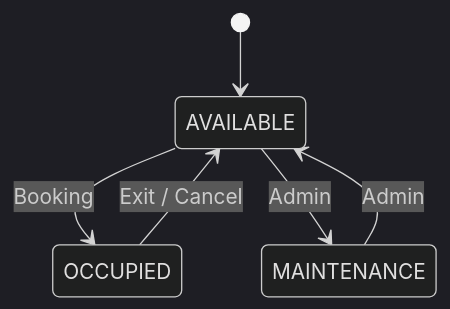
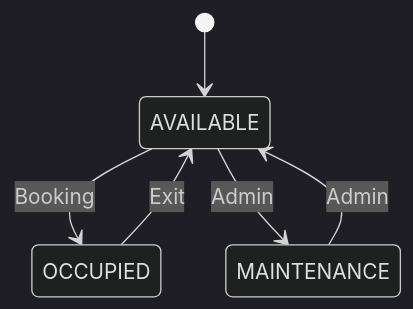
Before and after one commit to Sahil2u47/smart_parking_system: the sixth of 11 diagrams in README.md, drawn with Mermaid (dark theme). The commit also changed other lines of this file, not shown here.

````diff
--- a/README.md
+++ b/README.md
@@ -238,8 +236,8 @@
 ```mermaid
 stateDiagram-v2
     [*] --> AVAILABLE
     AVAILABLE --> OCCUPIED: Booking
-    OCCUPIED --> AVAILABLE: Exit / Cancel
+    OCCUPIED --> AVAILABLE: Exit
     AVAILABLE --> MAINTENANCE: Admin
     MAINTENANCE --> AVAILABLE: Admin
 ```
````
